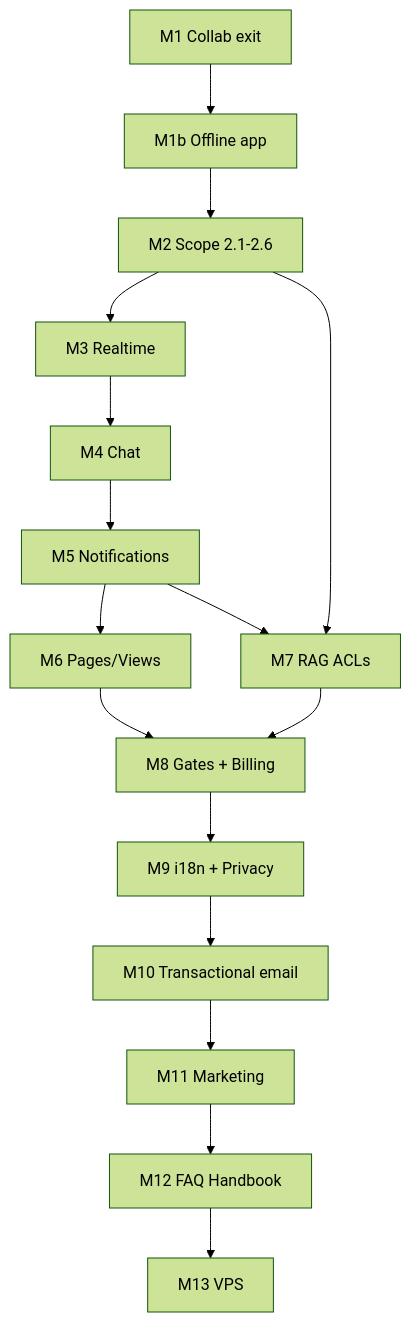
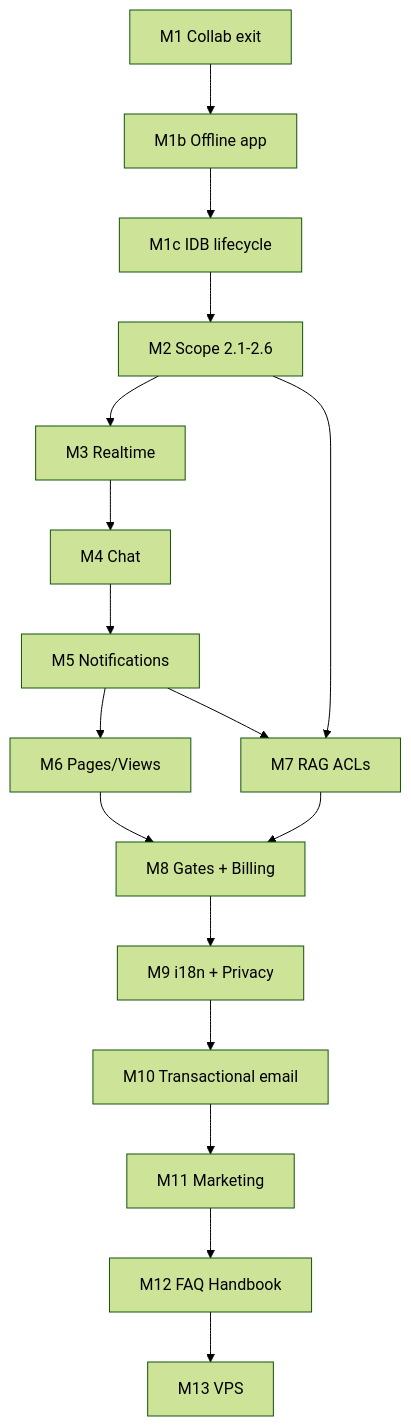
Before and after one commit to kallekormann/rhodes: the diagram in docs/28-product-roadmap-to-production.md, drawn with Mermaid (forest theme). The commit also changed other lines of this file and 34 other files, not shown here.

````diff
--- a/docs/28-product-roadmap-to-production.md
+++ b/docs/28-product-roadmap-to-production.md
@@ -55,24 +57,25 @@
 ```mermaid
 flowchart TB
   m1["M1 Collab exit"]
   m1b["M1b Offline app"]
+  m1c["M1c IDB lifecycle"]
   m2["M2 Scope 2.1-2.6"]
   m3["M3 Realtime"]
   m4["M4 Chat"]
   m5["M5 Notifications"]
   m6["M6 Pages/Views"]
   m7["M7 RAG ACLs"]
   m8["M8 Gates + Billing"]
   m9["M9 i18n + Privacy"]
   m10["M10 Transactional email"]
   m11["M11 Marketing"]
   m12["M12 FAQ Handbook"]
   m13["M13 VPS"]
-  m1 --> m1b --> m2 --> m3
+  m1 --> m1b --> m1c --> m2 --> m3
   m3 --> m4 --> m5 --> m6
   m2 --> m7
   m5 --> m7
   m6 --> m8
   m7 --> m8
   m8 --> m9 --> m10 --> m11 --> m12 --> m13
 ```
````
